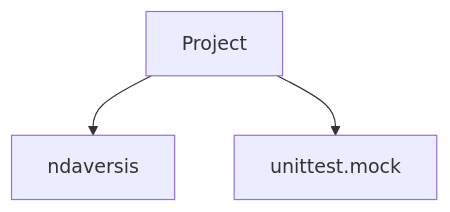
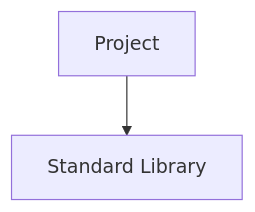
The second of 3 diagrams in readme.md (lystwork/ndaversis), drawn with Mermaid before and after one commit. The commit also changed other lines of this file and 2 other files, not shown here.

````diff
--- a/readme.md
+++ b/readme.md
@@ -179,5 +211,4 @@
 ```mermaid
 graph TD
-    Project --> ndaversis
-    Project --> unittest.mock
+    Project --> StdLib[Standard Library]
 ```
````
